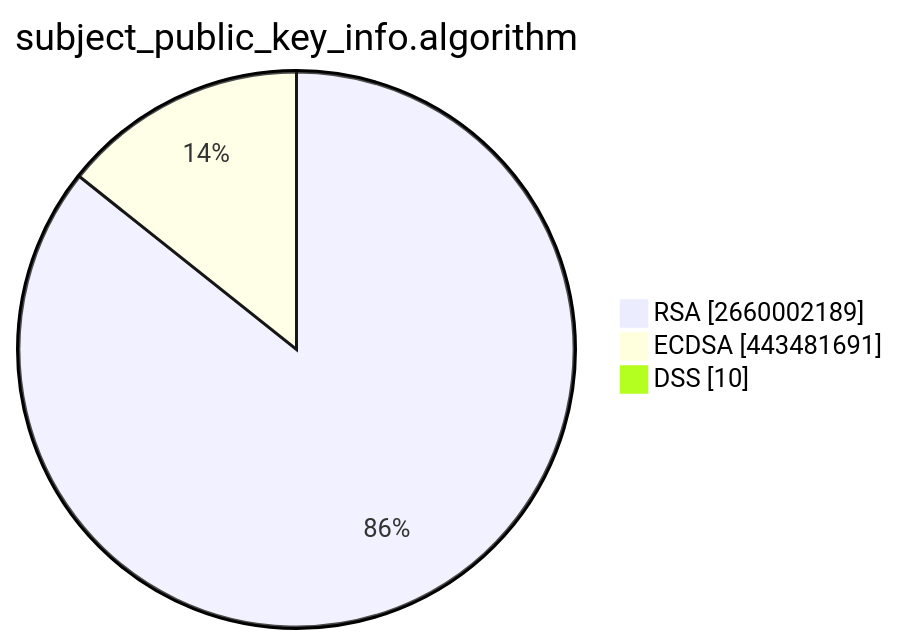
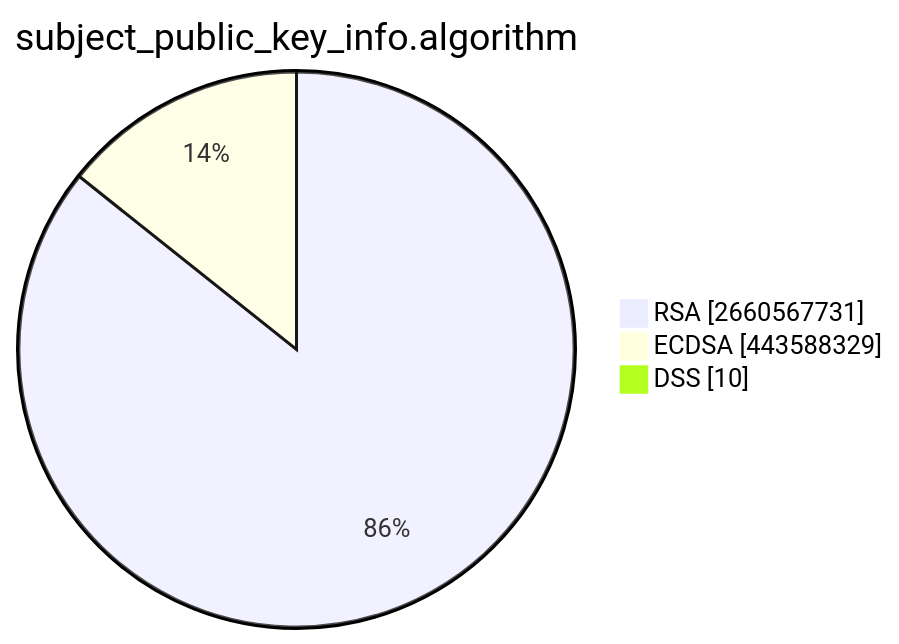
One commit to christiankrug/ctmonitor_visualization changed the second of 15 diagrams in TOTAL/README.md. Above: the diagram before and after it, drawn with Mermaid. The commit also changed other lines of this file, not shown here.

````diff
--- a/TOTAL/README.md
+++ b/TOTAL/README.md
@@ -6,7 +6,7 @@
 ```mermaid
 pie showData
 title subject_public_key_info.algorithm
-"RSA" :2660002189
-"ECDSA" :443481691
+"RSA" :2660567731
+"ECDSA" :443588329
 "DSS" :10
 ```
````
